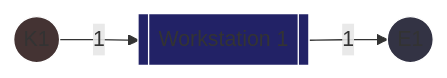
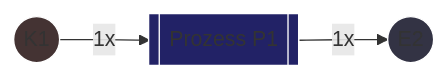
The first of 2 diagrams in user-docs/docs/calculations/workstation_plan.md (buecktobias/ibsys2SCM), drawn with Mermaid before and after one commit. The commit also changed other lines of this file and 15 other files, not shown here.

````diff
--- a/user-docs/docs/calculations/workstation_plan.md
+++ b/user-docs/docs/calculations/workstation_plan.md
@@ -10,14 +114,14 @@
 ```mermaid
 graph LR
     K1((K1))
-    WS[[Workstation 1]]
-    E1((E1))
-    K1 -- 1 --> WS
-    WS -- 1 --> E1
+    P1[[Prozess P1]]
+    E2((E2))
+    K1 -- " 1x " --> P1
+    P1 -- " 1x " --> E2
     classDef bought fill: #443333, stroke: white, stroke-width: 1px;
     class K1 bought;
     classDef product fill: #333344, stroke: white, stroke-width: 1px;
-    class E1 product;
+    class E2 product;
     classDef workstation fill: #222266, stroke: white, stroke-width: 1px;
-    class WS workstation;
+    class P1 workstation;
 ```
````
